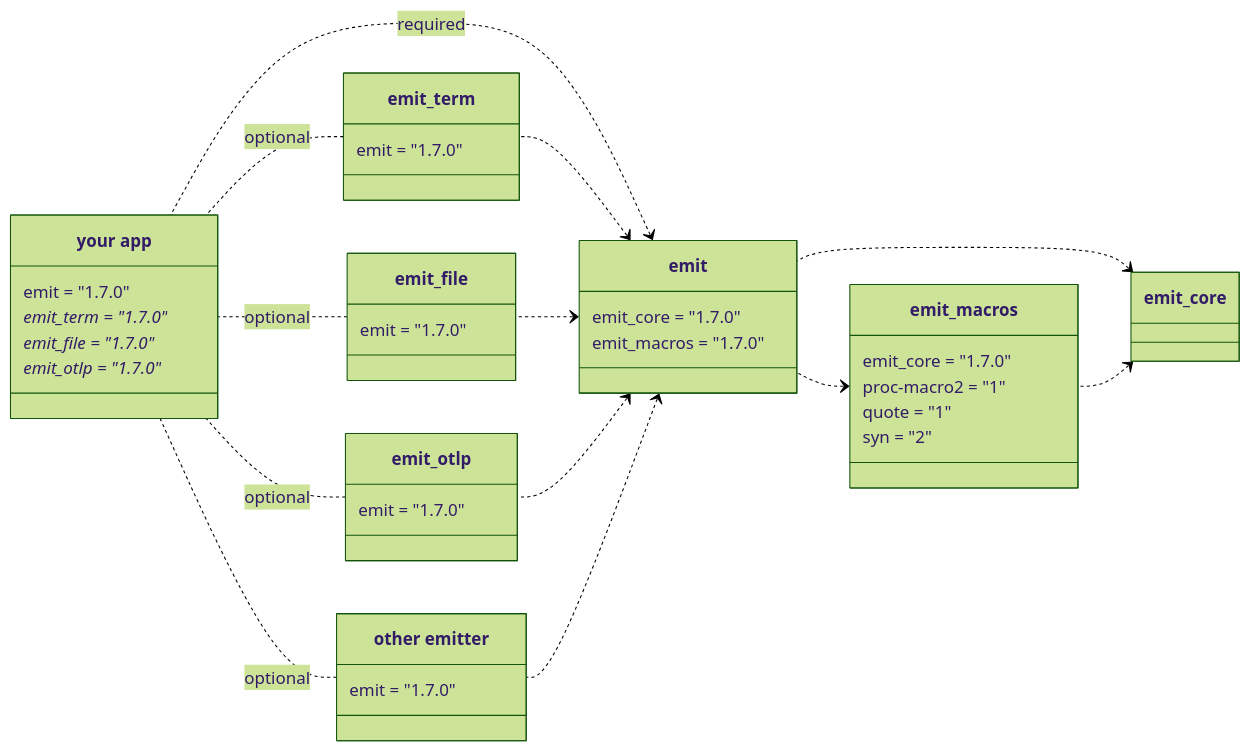
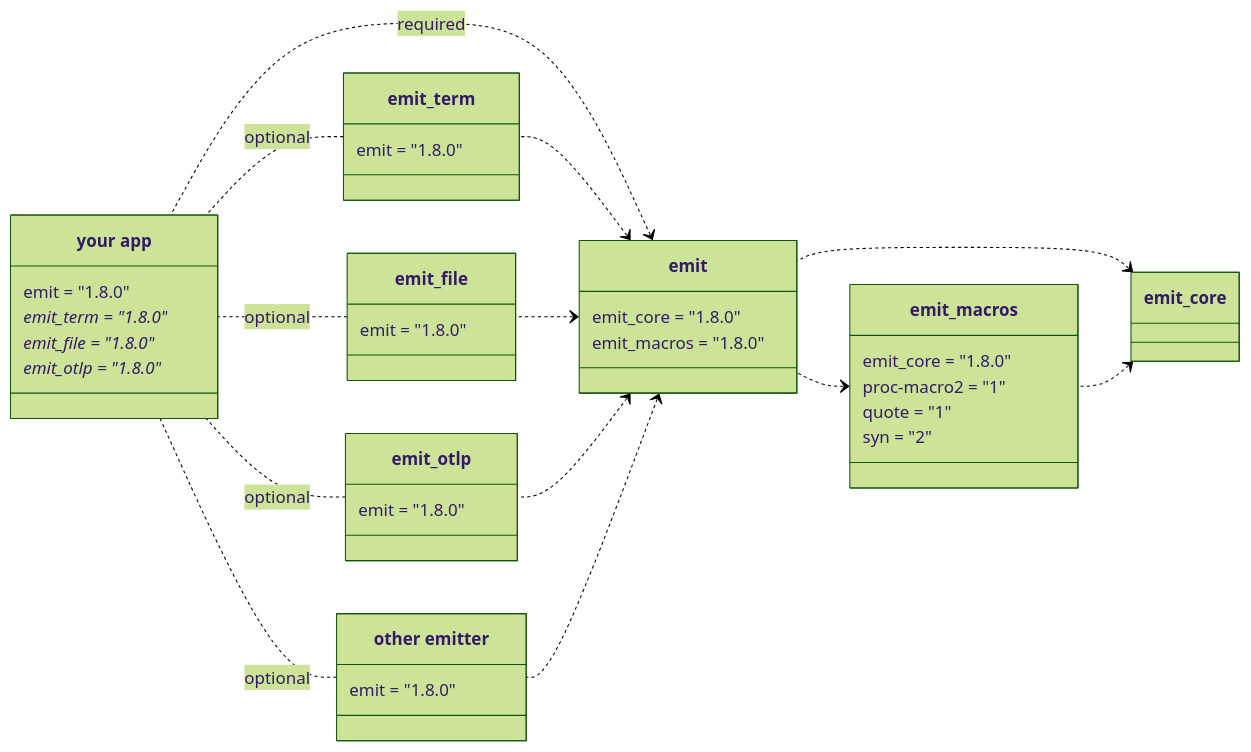
Before and after one commit to emit-rs/emit: the first of 5 diagrams in book/src/reference/architecture.md, drawn with Mermaid (forest theme). The commit also changed other lines of this file and 62 other files, not shown here.

````diff
--- a/book/src/reference/architecture.md
+++ b/book/src/reference/architecture.md
@@ -9,62 +9,62 @@
 ```mermaid
 classDiagram
     direction RL
     
     emit_core <.. emit_macros
     emit_core <.. emit
     emit_macros <.. emit
 
     class emit_macros {
-        emit_core = "1.7.0"
+        emit_core = "1.8.0"
         proc-macro2 = "1"
         quote = "1"
         syn = "2"
     }
 
     emit <.. emit_term
     emit <.. emit_file
     emit <.. emit_otlp
     emit <.. emit_custom
 
     emit <.. app : required
 
     class emit {
-        emit_core = "1.7.0"
-        emit_macros = "1.7.0"
+        emit_core = "1.8.0"
+        emit_macros = "1.8.0"
     }
 
     emit_term .. app : optional
     emit_file .. app : optional
     emit_otlp .. app : optional
     emit_custom .. app : optional
 
     class emit_term {
-        emit = "1.7.0"
+        emit = "1.8.0"
     }
 
     class emit_file {
-        emit = "1.7.0"
+        emit = "1.8.0"
     }
 
     class emit_otlp {
-        emit = "1.7.0"
+        emit = "1.8.0"
     }
 
     class emit_custom["other emitter"] {
-        emit = "1.7.0"
+        emit = "1.8.0"
     }
 
     class app["your app"] {
-        emit = "1.7.0"
-        emit_term = "1.7.0"*
-        emit_file = "1.7.0"*
-        emit_otlp = "1.7.0"*
+        emit = "1.8.0"
+        emit_term = "1.8.0"*
+        emit_file = "1.8.0"*
+        emit_otlp = "1.8.0"*
     }
 
-    click emit_core href "https://docs.rs/emit_core/1.7.0/emit_core/index.html"
-    click emit_macros href "https://docs.rs/emit_macros/1.7.0/emit_macros/index.html"
-    click emit href "https://docs.rs/emit/1.7.0/emit/index.html"
-    click emit_term href "https://docs.rs/emit_term/1.7.0/emit_term/index.html"
-    click emit_file href "https://docs.rs/emit_file/1.7.0/emit_file/index.html"
-    click emit_otlp href "https://docs.rs/emit_otlp/1.7.0/emit_otlp/index.html"
+    click emit_core href "https://docs.rs/emit_core/1.8.0/emit_core/index.html"
+    click emit_macros href "https://docs.rs/emit_macros/1.8.0/emit_macros/index.html"
+    click emit href "https://docs.rs/emit/1.8.0/emit/index.html"
+    click emit_term href "https://docs.rs/emit_term/1.8.0/emit_term/index.html"
+    click emit_file href "https://docs.rs/emit_file/1.8.0/emit_file/index.html"
+    click emit_otlp href "https://docs.rs/emit_otlp/1.8.0/emit_otlp/index.html"
 ```
````
